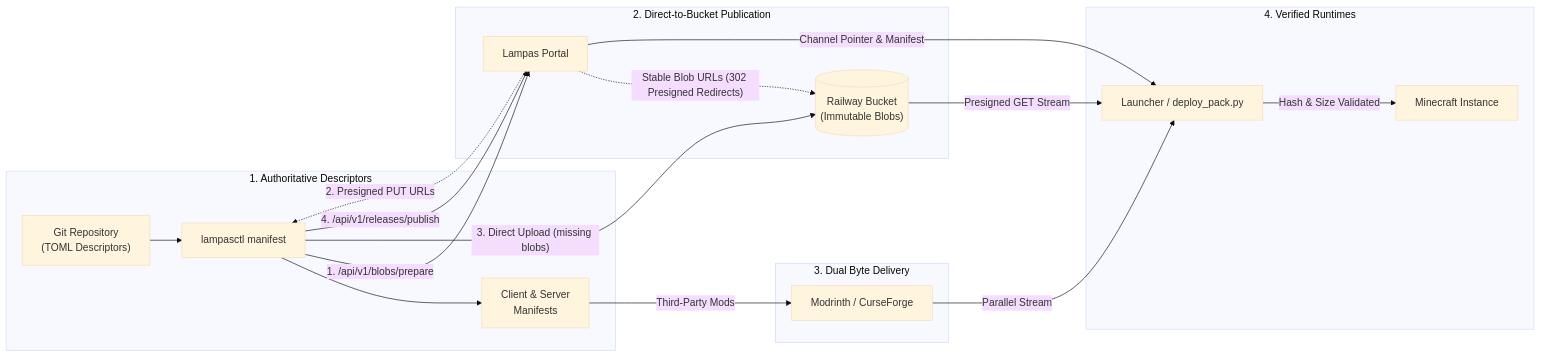
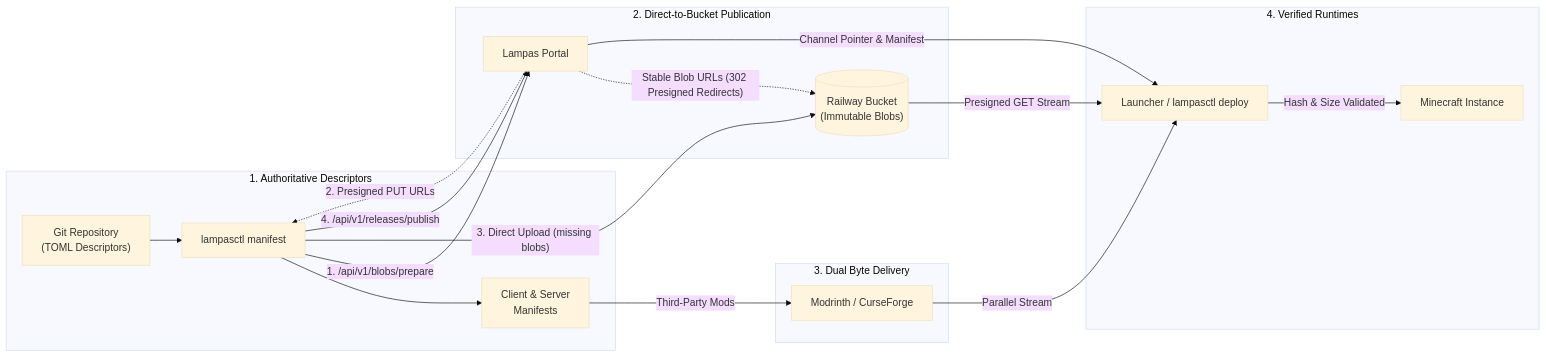
One commit to justbecauseph/lampas-pipeline changed the second of 5 diagrams in README.md. Above: the diagram before and after it, drawn with Mermaid (base theme). The commit also changed other lines of this file and 11 other files, not shown here.

First line of the commit message:
feat(deploy): unify server deployment in lampasctl deploy and retire deploy-pack.py

````diff
--- a/README.md
+++ b/README.md
@@ -89,26 +89,26 @@
 ```mermaid
 flowchart LR
     subgraph Authoring ["1. Authoritative Descriptors"]
         Git["Git Repository<br/>(TOML Descriptors)"] --> Lampasctl["lampasctl manifest"]
         Lampasctl --> Manifests["Client & Server<br/>Manifests"]
     end
 
     subgraph Publishing ["2. Direct-to-Bucket Publication"]
         Lampasctl -->|"1. /api/v1/blobs/prepare"| Portal["Lampas Portal"]
         Portal -.->|"2. Presigned PUT URLs"| Lampasctl
         Lampasctl -->|"3. Direct Upload (missing blobs)"| Bucket[("Railway Bucket<br/>(Immutable Blobs)")]
         Lampasctl -->|"4. /api/v1/releases/publish"| Portal
     end
 
     subgraph Distribution ["3. Dual Byte Delivery"]
         Manifests -->|"Third-Party Mods"| CDNs["Modrinth / CurseForge"]
         Portal -.->|"Stable Blob URLs (302 Presigned Redirects)"| Bucket
     end
 
     subgraph Consumption ["4. Verified Runtimes"]
-        Portal -->|"Channel Pointer & Manifest"| Client["Launcher / deploy_pack.py"]
+        Portal -->|"Channel Pointer & Manifest"| Client["Launcher / lampasctl deploy"]
         CDNs -->|"Parallel Stream"| Client
         Bucket -->|"Presigned GET Stream"| Client
         Client -->|"Hash & Size Validated"| Instance["Minecraft Instance"]
     end
 ```
````
